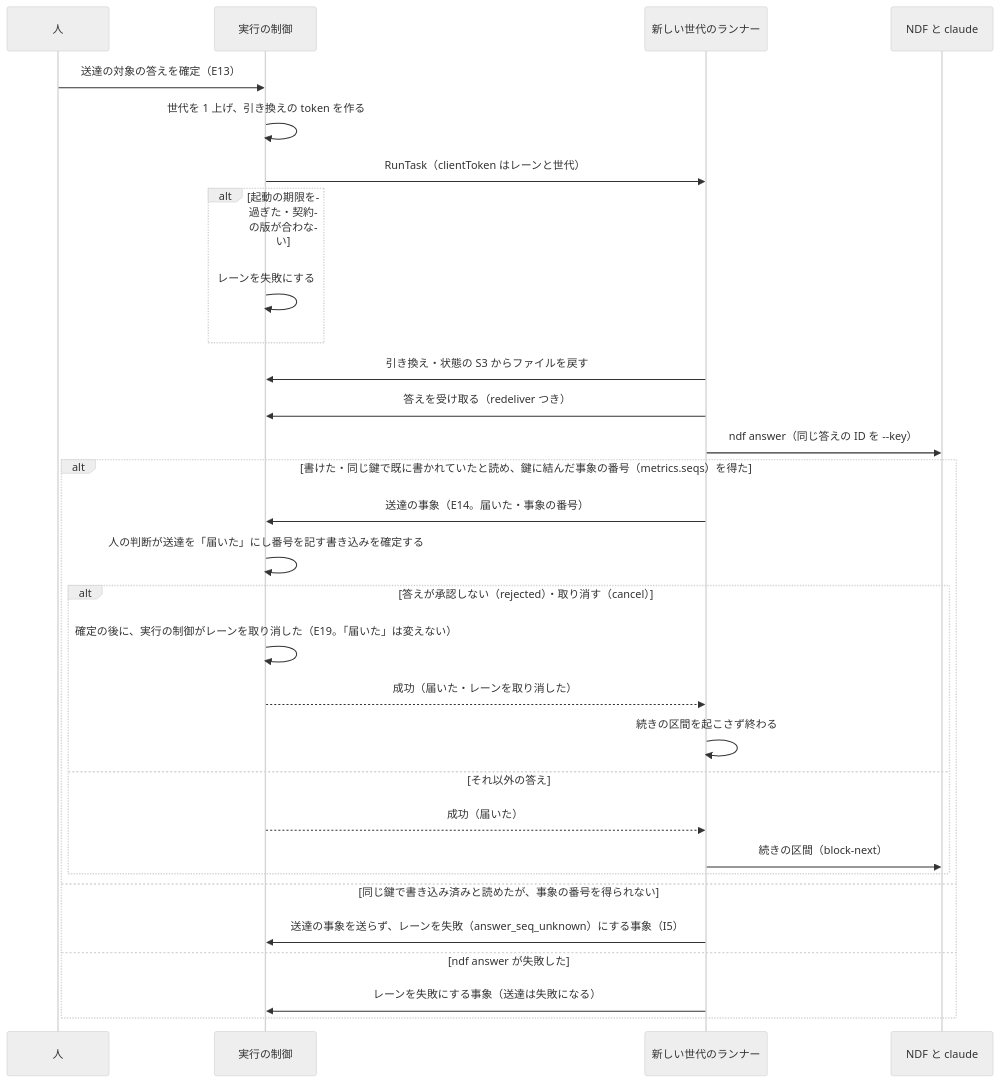
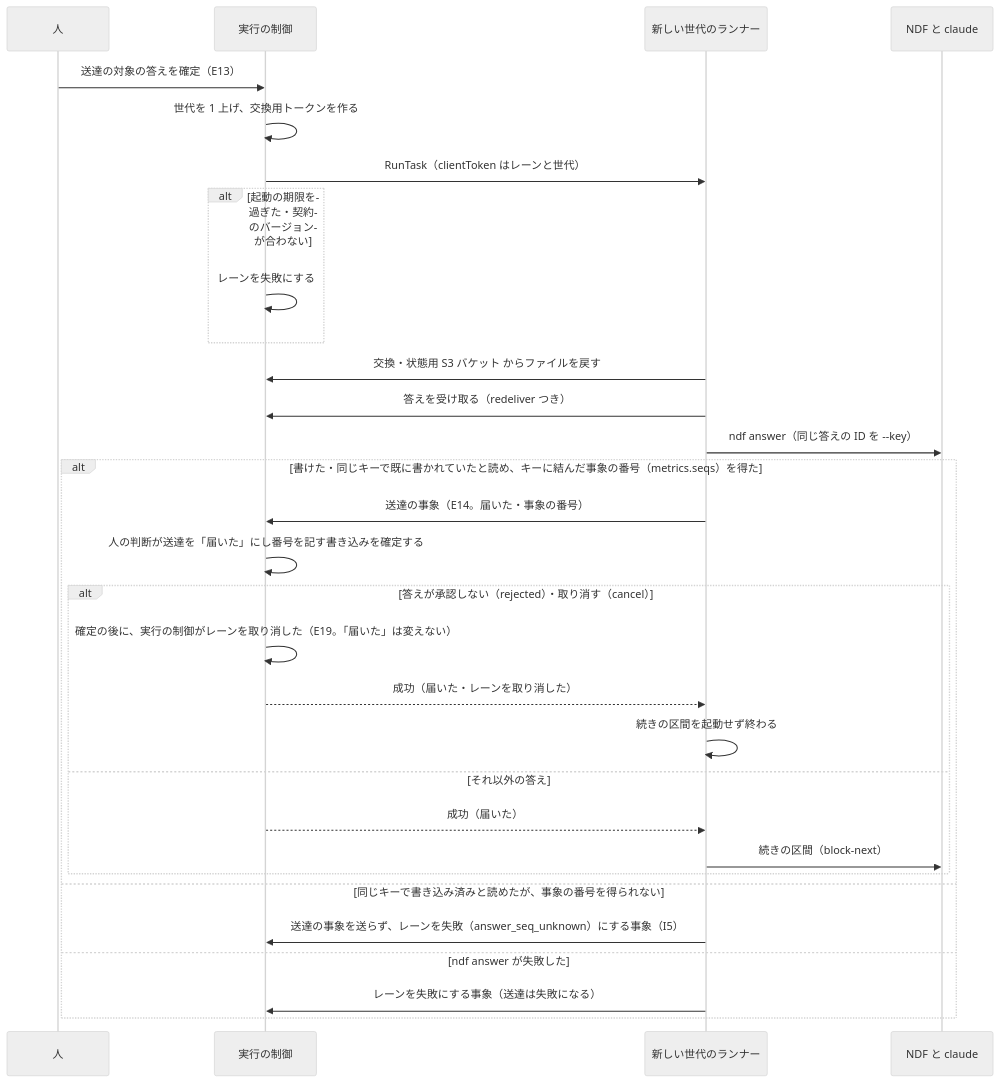
Before and after one commit to devbasex/nd-factory: the fifth of 10 diagrams in docs/design/execution.md, drawn with Mermaid (neutral theme). The commit also changed other lines of this file and 114 other files, not shown here.

````diff
--- a/docs/design/execution.md
+++ b/docs/design/execution.md
@@ -207,32 +208,32 @@
 ```mermaid
 sequenceDiagram
     participant H as 人
     participant API as 実行の制御
     participant R as 新しい世代のランナー
     participant N as NDF と claude
     H->>API: 送達の対象の答えを確定（E13）
-    API->>API: 世代を 1 上げ、引き換えの token を作る
+    API->>API: 世代を 1 上げ、交換用トークンを作る
     API->>R: RunTask（clientToken はレーンと世代）
-    alt 起動の期限を過ぎた・契約の版が合わない
+    alt 起動の期限を過ぎた・契約のバージョンが合わない
         API->>API: レーンを失敗にする
     end
-    R->>API: 引き換え・状態の S3 からファイルを戻す
+    R->>API: 交換・状態用 S3 バケット からファイルを戻す
     R->>API: 答えを受け取る（redeliver つき）
     R->>N: ndf answer（同じ答えの ID を --key）
-    alt 書けた・同じ鍵で既に書かれていたと読め、鍵に結んだ事象の番号（metrics.seqs）を得た
+    alt 書けた・同じキーで既に書かれていたと読め、キーに結んだ事象の番号（metrics.seqs）を得た
         R->>API: 送達の事象（E14。届いた・事象の番号）
         API->>API: 人の判断が送達を「届いた」にし番号を記す書き込みを確定する
         alt 答えが承認しない（rejected）・取り消す（cancel）
             API->>API: 確定の後に、実行の制御がレーンを取り消した（E19。「届いた」は変えない）
             API-->>R: 成功（届いた・レーンを取り消した）
-            R->>R: 続きの区間を起こさず終わる
+            R->>R: 続きの区間を起動せず終わる
         else それ以外の答え
             API-->>R: 成功（届いた）
             R->>N: 続きの区間（block-next）
         end
-    else 同じ鍵で書き込み済みと読めたが、事象の番号を得られない
+    else 同じキーで書き込み済みと読めたが、事象の番号を得られない
         R->>API: 送達の事象を送らず、レーンを失敗（answer_seq_unknown）にする事象（I5）
     else ndf answer が失敗した
         R->>API: レーンを失敗にする事象（送達は失敗になる）
     end
 ```
````
